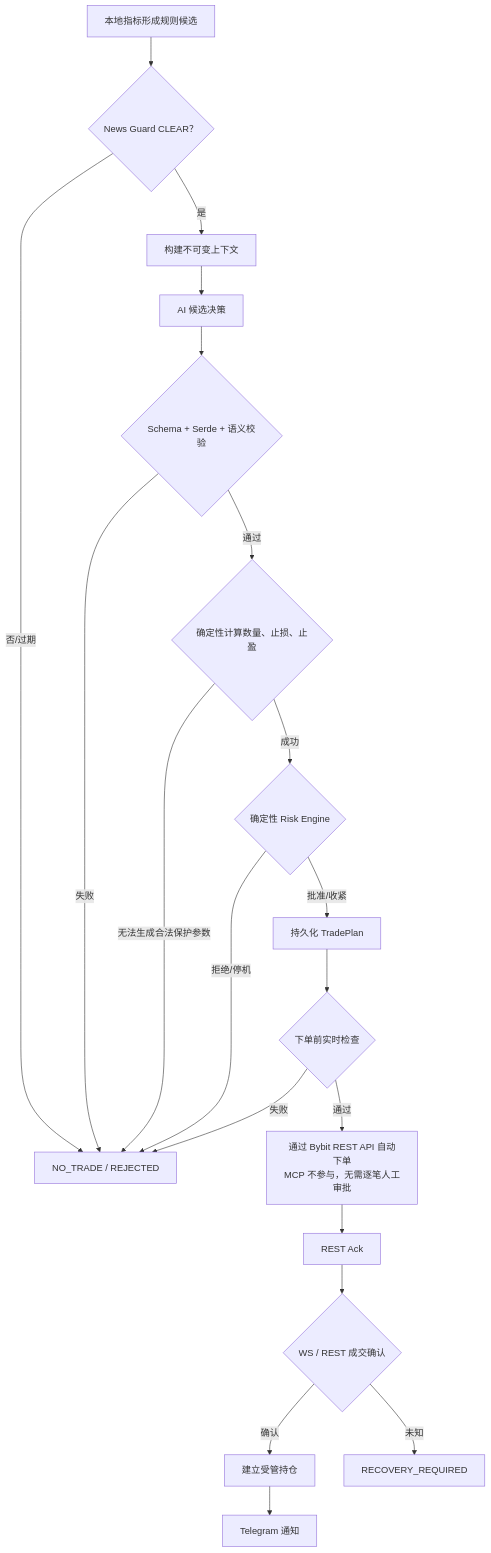
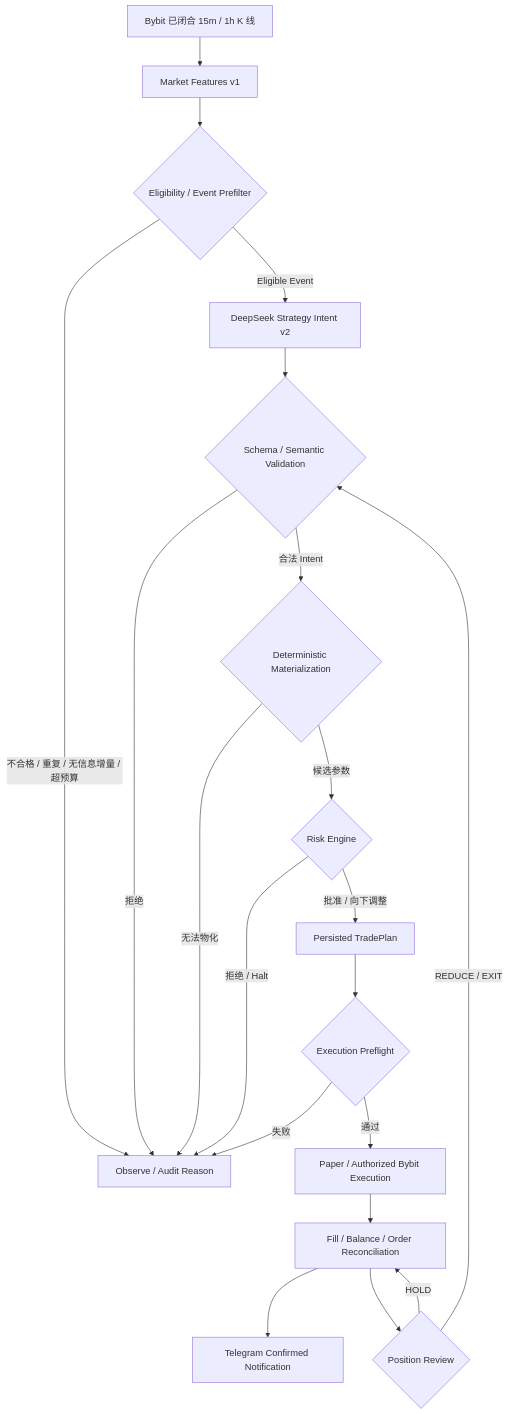
Before and after one commit to misakimei123/iron-pilot: the second of 2 diagrams in docs/DEVELOPMENT_PLAN.md, drawn with Mermaid. The commit also changed other lines of this file, not shown here.

````diff
--- a/docs/DEVELOPMENT_PLAN.md
+++ b/docs/DEVELOPMENT_PLAN.md
@@ -1919,33 +1069,36 @@
 ```mermaid
 flowchart TD
-    ME["本地指标形成规则候选"]
-    NEWS{"News Guard CLEAR？"}
-    CTX["构建不可变上下文"]
-    AI["AI 候选决策"]
-    SCH{"Schema + Serde + 语义校验"}
-    PARAM{"确定性计算数量、止损、止盈"}
-    RISK{"确定性 Risk Engine"}
-    TP["持久化 TradePlan"]
-    PRE{"下单前实时检查"}
-    ORD["通过 Bybit REST API 自动下单<br/>MCP 不参与，无需逐笔人工审批"]
-    ACK["REST Ack"]
-    CONF{"WS / REST 成交确认"}
-    POS["建立受管持仓"]
-    TEL["Telegram 通知"]
-    NO["NO_TRADE / REJECTED"]
-    REC["RECOVERY_REQUIRED"]
+    K["Bybit 已闭合 15m / 1h K 线"]
+    F["Market Features v1"]
+    E{"Eligibility / Event Prefilter"}
+    A["DeepSeek Strategy Intent v2"]
+    V{"Schema / Semantic Validation"}
+    M{"Deterministic Materialization"}
+    R{"Risk Engine"}
+    T["Persisted TradePlan"]
+    P{"Execution Preflight"}
+    X["Paper / Authorized Bybit Execution"]
+    C["Fill / Balance / Order Reconciliation"]
+    H{"Position Review"}
+    N["Telegram Confirmed Notification"]
+    O["Observe / Audit Reason"]
 
-    ME --> NEWS
-    NEWS -->|"否/过期"| NO
-    NEWS -->|"是"| CTX --> AI --> SCH
-    SCH -->|"失败"| NO
-    SCH -->|"通过"| PARAM
-    PARAM -->|"无法生成合法保护参数"| NO
-    PARAM -->|"成功"| RISK
-    RISK -->|"拒绝/停机"| NO
-    RISK -->|"批准/收紧"| TP --> PRE
-    PRE -->|"失败"| NO
-    PRE -->|"通过"| ORD --> ACK --> CONF
-    CONF -->|"确认"| POS --> TEL
-    CONF -->|"未知"| REC
+    K --> F --> E
+    E -->|"不合格 / 重复 / 无信息增量 / 超预算"| O
+    E -->|"Eligible Event"| A
+    A --> V
+    V -->|"拒绝"| O
+    V -->|"合法 Intent"| M
+    M -->|"无法物化"| O
+    M -->|"候选参数"| R
+    R -->|"拒绝 / Halt"| O
+    R -->|"批准 / 向下调整"| T
+    T --> P
+    P -->|"失败"| O
+    P -->|"通过"| X
+    X --> C
+    C --> N
+    C --> H
+    H -->|"HOLD"| C
+    H -->|"REDUCE / EXIT"| V
 ```
````
